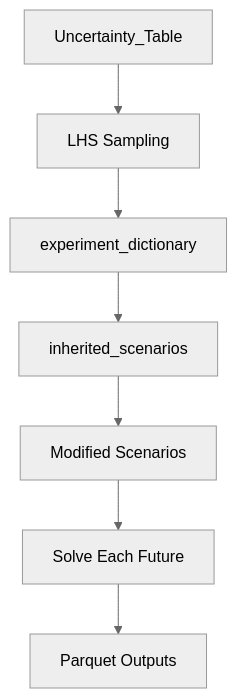
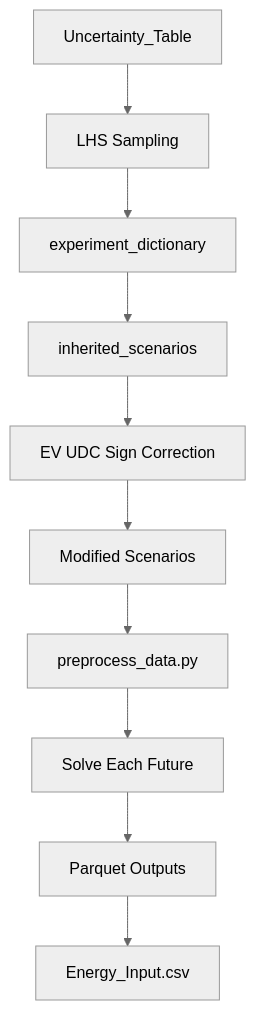
One commit to jeenogeorge/osemosys-rdm changed the third of 5 diagrams in docs/developer-guide/architecture.md. Above: the diagram before and after it, drawn with Mermaid (neutral theme). The commit also changed other lines of this file and 8 other files, not shown here.

````diff
--- a/docs/developer-guide/architecture.md
+++ b/docs/developer-guide/architecture.md
@@ -164,9 +192,12 @@
 ```{mermaid}
 flowchart TD
     A[Uncertainty_Table] --> B[LHS Sampling]
     B --> C[experiment_dictionary]
     C --> D[inherited_scenarios]
-    D --> E[Modified Scenarios]
-    E --> F[Solve Each Future]
+    D --> D2[EV UDC Sign Correction]
+    D2 --> E[Modified Scenarios]
+    E --> E2[preprocess_data.py]
+    E2 --> F[Solve Each Future]
     F --> G[Parquet Outputs]
+    G --> H[Energy_Input.csv]
 ```
````
